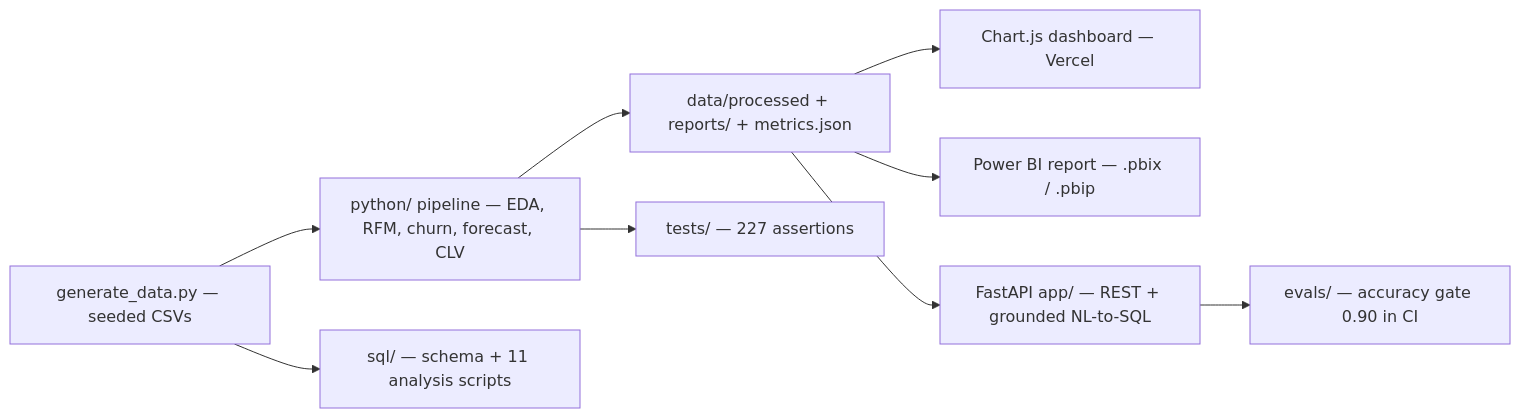
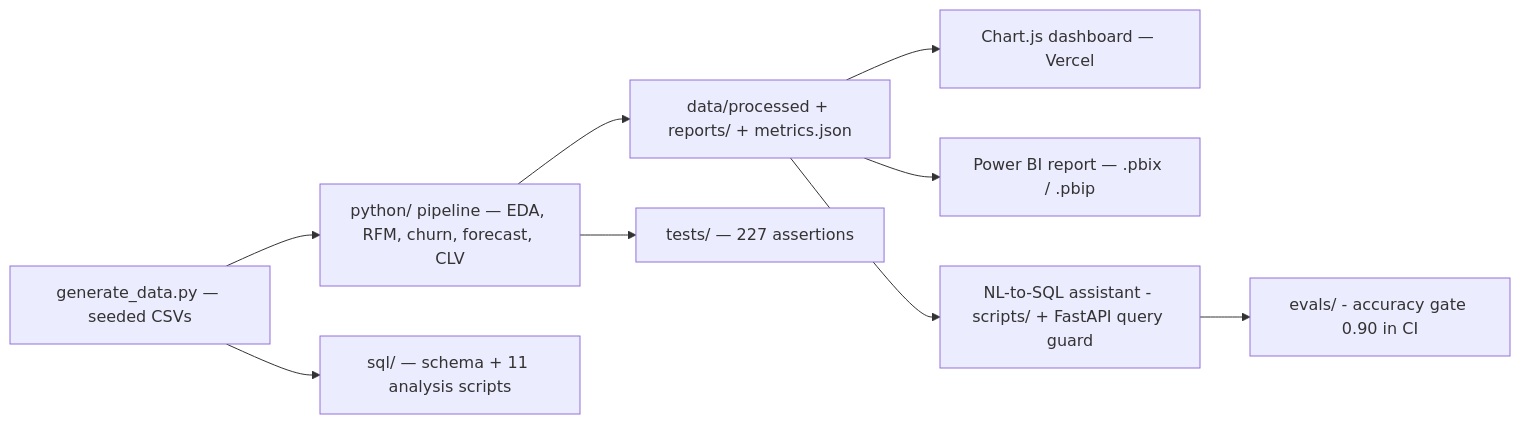
The diagram in README.md (rishi-1603/E_commerce-Sales-and-Data-Analytics), drawn with Mermaid before and after one commit. The commit also changed other lines of this file and 4 other files, not shown here.

````diff
--- a/README.md
+++ b/README.md
@@ -129,11 +129,11 @@
 ```mermaid
 flowchart LR
     A["generate_data.py — seeded CSVs"] --> B["python/ pipeline — EDA, RFM, churn, forecast, CLV"]
     A --> C["sql/ — schema + 11 analysis scripts"]
     B --> D["data/processed + reports/ + metrics.json"]
     D --> E["Chart.js dashboard — Vercel"]
     D --> F["Power BI report — .pbix / .pbip"]
-    D --> G["FastAPI app/ — REST + grounded NL-to-SQL"]
-    G --> H["evals/ — accuracy gate 0.90 in CI"]
+    D --> G["NL-to-SQL assistant - scripts/ + FastAPI query guard"]
+    G --> H["evals/ - accuracy gate 0.90 in CI"]
     B --> I["tests/ — 227 assertions"]
 ```
````
